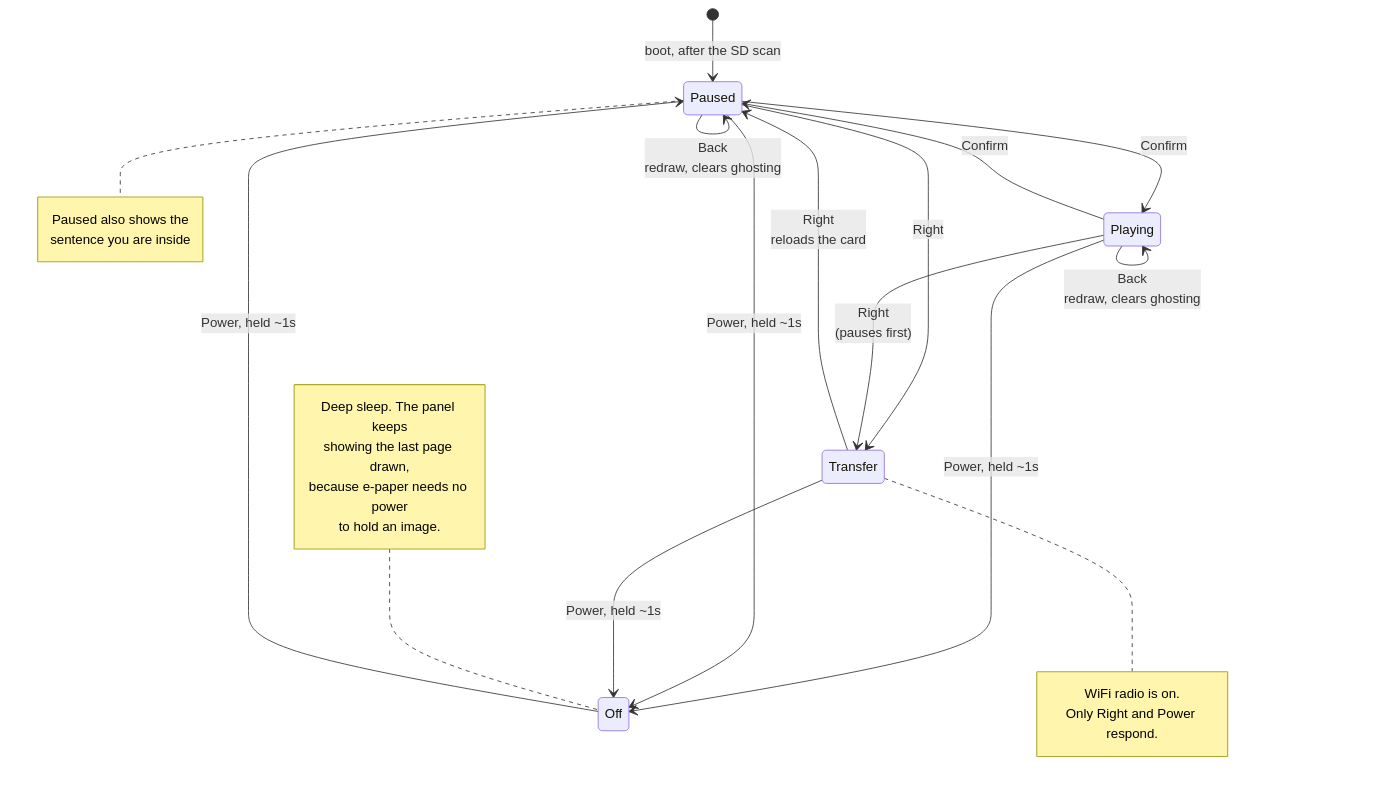
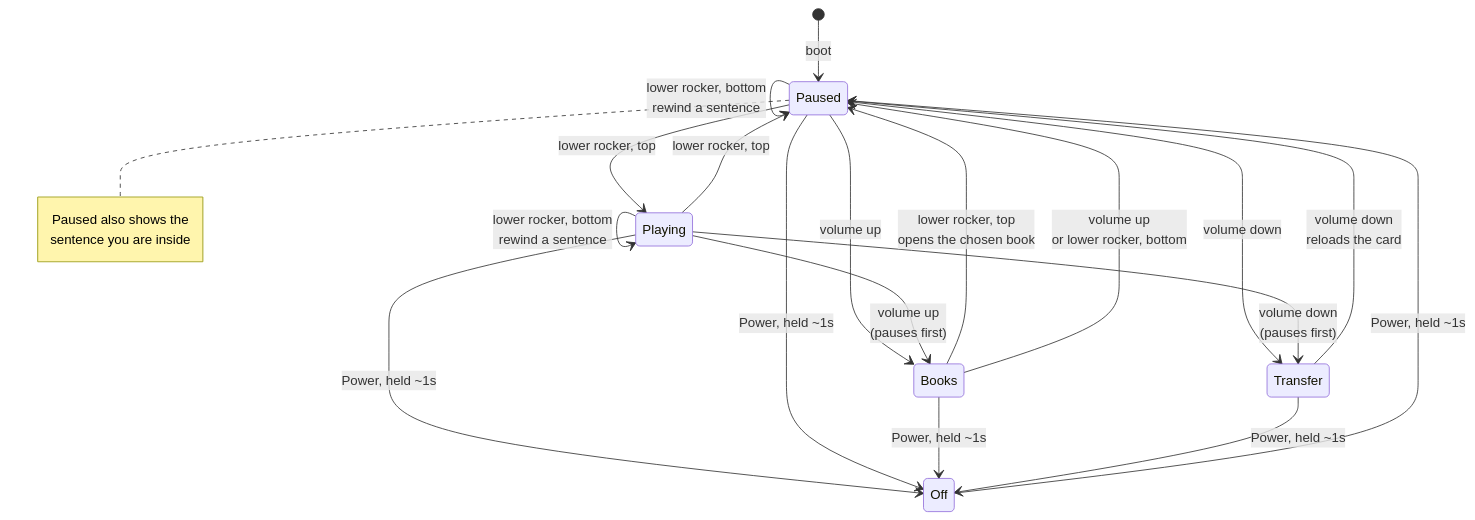
The diagram in inkflow/docs/CONTROLS.md (wittyreference/dotfiles), drawn with Mermaid before and after one commit. The commit also changed other lines of this file and 3 other files, not shown here.

````diff
--- a/inkflow/docs/CONTROLS.md
+++ b/inkflow/docs/CONTROLS.md
@@ -24,43 +25,33 @@
 ```mermaid
 stateDiagram-v2
-    [*] --> Paused: boot, after the SD scan
+    [*] --> Paused: boot
 
-    Paused --> Playing: Confirm
-    Playing --> Paused: Confirm
+    Paused --> Playing: lower rocker, top
+    Playing --> Paused: lower rocker, top
 
-    Playing --> Playing: Up / Down<br/>±30 WPM
-    Paused --> Paused: Up / Down<br/>±30 WPM
+    Playing --> Playing: upper rocker<br/>±30 WPM
+    Paused --> Paused: upper rocker<br/>±30 WPM
 
-    Playing --> Playing: Left<br/>rewind a sentence
-    Paused --> Paused: Left<br/>rewind a sentence
+    Playing --> Playing: lower rocker, bottom<br/>rewind a sentence
+    Paused --> Paused: lower rocker, bottom<br/>rewind a sentence
 
-    Playing --> Playing: Back<br/>redraw, clears ghosting
-    Paused --> Paused: Back<br/>redraw, clears ghosting
+    Paused --> Books: volume up
+    Playing --> Books: volume up<br/>(pauses first)
+    Books --> Paused: lower rocker, top<br/>opens the chosen book
+    Books --> Paused: volume up<br/>or lower rocker, bottom
 
-    Paused --> Transfer: Right
-    Playing --> Transfer: Right<br/>(pauses first)
-
-    Transfer --> Paused: Right<br/>reloads the card
+    Paused --> Transfer: volume down
+    Playing --> Transfer: volume down<br/>(pauses first)
+    Transfer --> Paused: volume down<br/>reloads the card
 
     Playing --> Off: Power, held ~1s
     Paused --> Off: Power, held ~1s
+    Books --> Off: Power, held ~1s
     Transfer --> Off: Power, held ~1s
     Off --> Paused: Power, held ~1s
 
     note right of Paused
         Paused also shows the
         sentence you are inside
     end note
-
-    note right of Transfer
-        WiFi radio is on.
-        Only Right and Power respond.
-    end note
-
-    note left of Off
-        Deep sleep. The panel keeps
-        showing the last page drawn,
-        because e-paper needs no power
-        to hold an image.
-    end note
 ```
````
